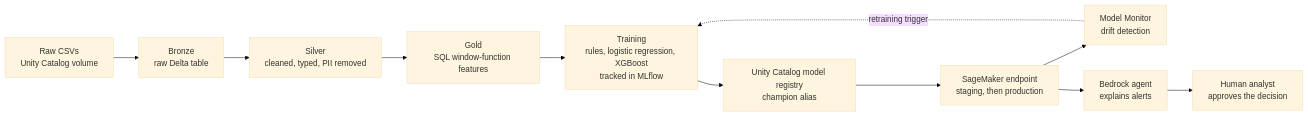
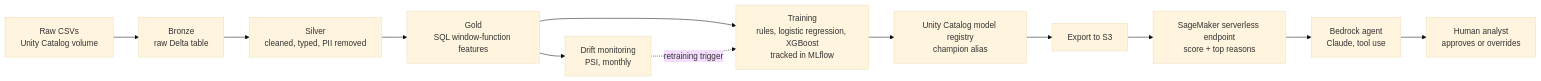
Before and after one commit to ManaramGnanasekera/fraud-detection-mlops: the first of 2 diagrams in README.md, drawn with Mermaid (base theme). The commit also changed other lines of this file, not shown here.

````diff
--- a/README.md
+++ b/README.md
@@ -29,13 +35,14 @@
 ```mermaid
 flowchart LR
     A[Raw CSVs<br/>Unity Catalog volume] --> B[Bronze<br/>raw Delta table]
     B --> C[Silver<br/>cleaned, typed, PII removed]
     C --> D[Gold<br/>SQL window-function features]
     D --> E[Training<br/>rules, logistic regression, XGBoost<br/>tracked in MLflow]
     E --> F[Unity Catalog model registry<br/>champion alias]
-    F --> G[SageMaker endpoint<br/>staging, then production]
-    G --> H[Model Monitor<br/>drift detection]
-    G --> I[Bedrock agent<br/>explains alerts]
-    I --> J[Human analyst<br/>approves the decision]
+    F --> X[Export to S3]
+    X --> G[SageMaker serverless endpoint<br/>score + top reasons]
+    G --> I[Bedrock agent<br/>Claude, tool use]
+    I --> J[Human analyst<br/>approves or overrides]
+    D --> H[Drift monitoring<br/>PSI, monthly]
     H -. retraining trigger .-> E
 ```
````
